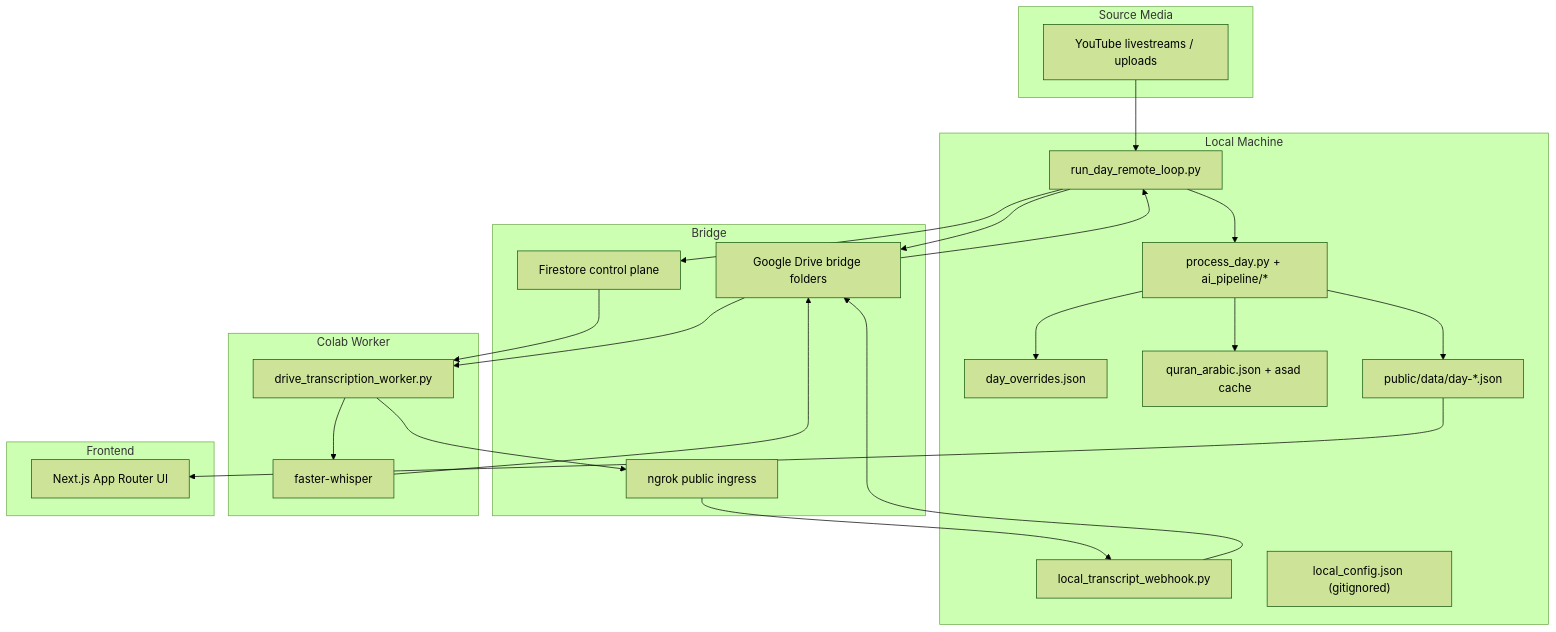
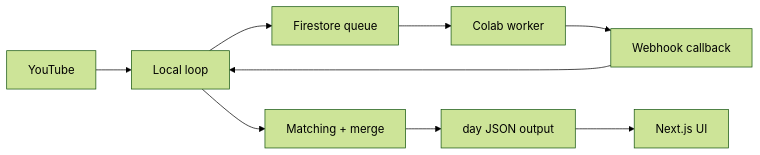
Before and after one commit to Himikid/andalus-taraweeh: the first of 2 diagrams in docs/ARCHITECTURE.md, drawn with Mermaid (forest theme). The commit also changed other lines of this file and 1 other file, not shown here.

Commit message:
docs: simplify architecture diagrams

````diff
--- a/docs/ARCHITECTURE.md
+++ b/docs/ARCHITECTURE.md
@@ -7,50 +7,11 @@
 ```mermaid
-flowchart TB
-    subgraph Sources["Source Media"]
-        YT["YouTube livestreams / uploads"]
-    end
-
-    subgraph LocalHost["Local Machine"]
-        LOOP["run_day_remote_loop.py"]
-        PROC["process_day.py + ai_pipeline/*"]
-        WEB["local_transcript_webhook.py"]
-        CFG["local_config.json (gitignored)"]
-        DAY["day_overrides.json"]
-        QURAN["quran_arabic.json + asad cache"]
-        OUT["public/data/day-*.json"]
-    end
-
-    subgraph CloudBridge["Bridge"]
-        DRIVE["Google Drive bridge folders"]
-        FIRE["Firestore control plane"]
-        NG["ngrok public ingress"]
-    end
-
-    subgraph Colab["Colab Worker"]
-        WORKER["drive_transcription_worker.py"]
-        FW["faster-whisper"]
-    end
-
-    subgraph Frontend["Frontend"]
-        UI["Next.js App Router UI"]
-    end
-
-    YT --> LOOP
-    LOOP --> DRIVE
-    LOOP --> FIRE
-    LOOP --> PROC
-    PROC --> DAY
-    PROC --> QURAN
-    PROC --> OUT
-
-    FIRE --> WORKER
-    DRIVE --> WORKER
-    WORKER --> FW
-    FW --> DRIVE
-    WORKER --> NG
-    NG --> WEB
-    WEB --> DRIVE
-    DRIVE --> LOOP
-
-    OUT --> UI
+flowchart LR
+    YT["YouTube"] --> LOOP["Local loop"]
+    LOOP --> FS["Firestore queue"]
+    FS --> CW["Colab worker"]
+    CW --> WH["Webhook callback"]
+    WH --> LOOP
+    LOOP --> MM["Matching + merge"]
+    MM --> OUT["day JSON output"]
+    OUT --> UI["Next.js UI"]
 ```
````
